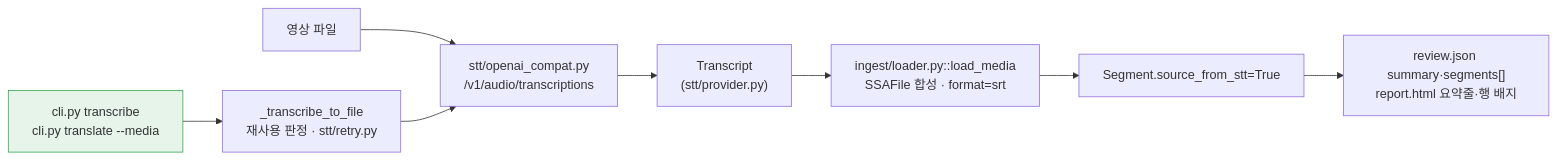
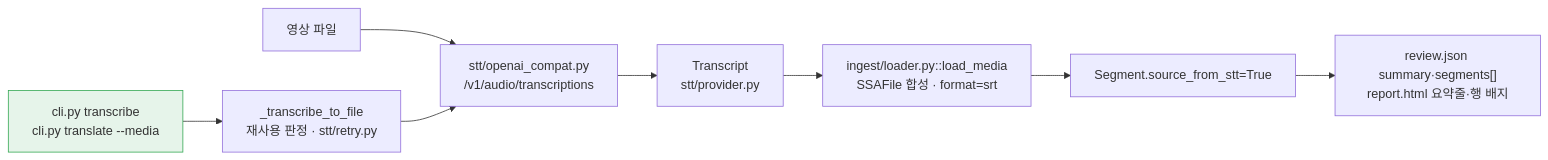
One commit to withwooyong/cuesift changed the second of 2 diagrams in HANDOFF.md. Above: the diagram before and after it, drawn with Mermaid. The commit also changed other lines of this file and 19 other files, not shown here.

````diff
--- a/HANDOFF.md
+++ b/HANDOFF.md
@@ -68,11 +167,11 @@
 ```mermaid
 flowchart LR
   A[영상 파일] --> B["stt/openai_compat.py<br/>/v1/audio/transcriptions"]
-  B --> C["Transcript<br/>(stt/provider.py)"]
+  B --> C["Transcript<br/>stt/provider.py"]
   C --> D["ingest/loader.py::load_media<br/>SSAFile 합성 · format=srt"]
   D --> E["Segment.source_from_stt=True"]
   E --> F["review.json summary·segments[]<br/>report.html 요약줄·행 배지"]
   G["cli.py transcribe<br/>cli.py translate --media"] --> H["_transcribe_to_file<br/>재사용 판정 · stt/retry.py"]
   H --> B
   style G fill:#e6f4ea,stroke:#34a853
 ```
````
